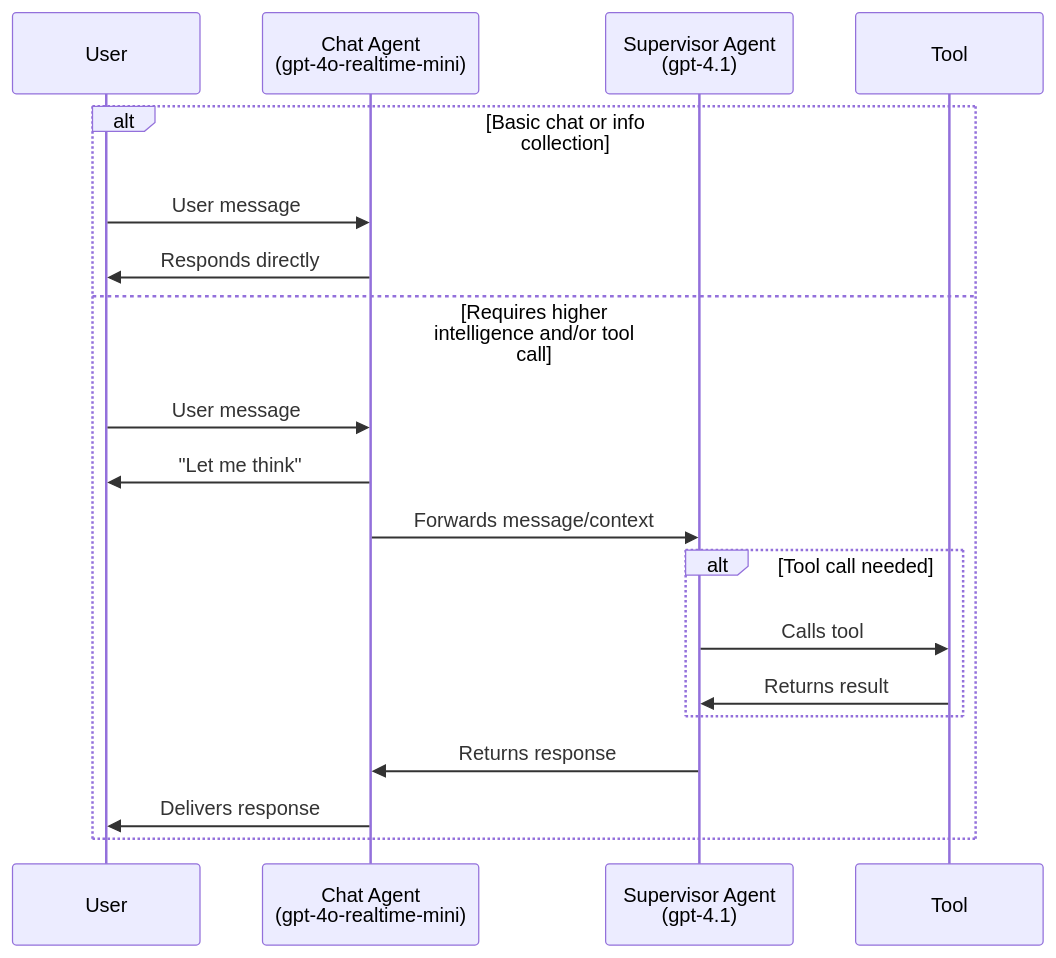
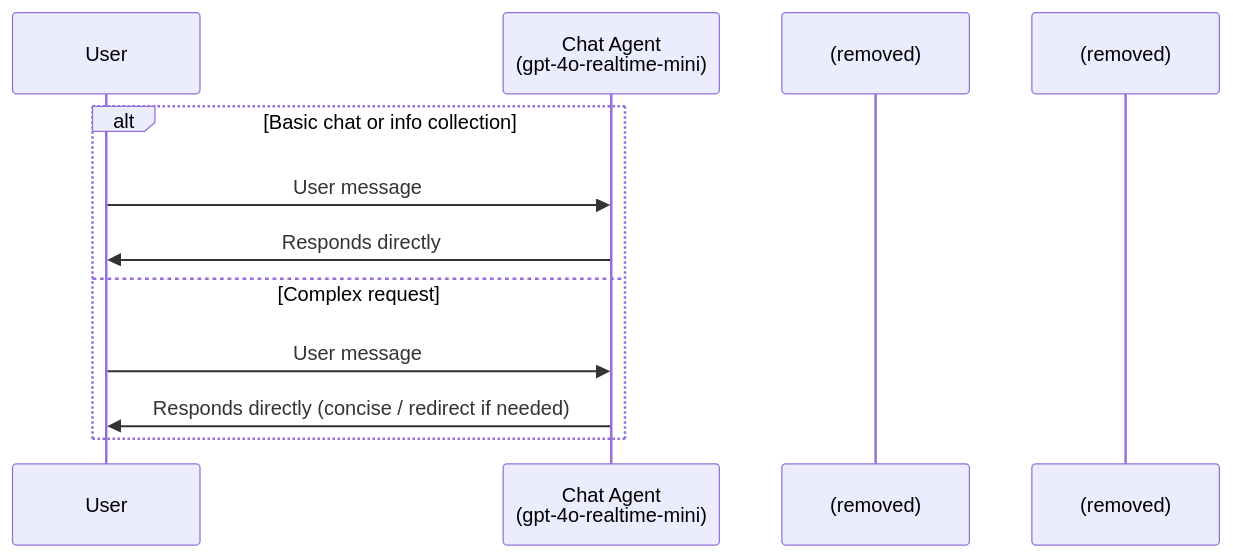
One commit to abdibrokhim/openai-realtime-agents changed the first of 2 diagrams in README.md. Above: the diagram before and after it, drawn with Mermaid. The commit also changed other lines of this file and 9 other files, not shown here.

Commit message:
remove tool calls

````diff
--- a/README.md
+++ b/README.md
@@ -40,22 +40,15 @@
 ```mermaid
 sequenceDiagram
     participant User
     participant ChatAgent as Chat Agent<br/>(gpt-4o-realtime-mini)
-    participant Supervisor as Supervisor Agent<br/>(gpt-4.1)
-    participant Tool as Tool
+    participant Supervisor as (removed)
+    participant Tool as (removed)
 
     alt Basic chat or info collection
         User->>ChatAgent: User message
         ChatAgent->>User: Responds directly
-    else Requires higher intelligence and/or tool call
+    else Complex request
         User->>ChatAgent: User message
-        ChatAgent->>User: "Let me think"
-        ChatAgent->>Supervisor: Forwards message/context
-        alt Tool call needed
-            Supervisor->>Tool: Calls tool
-            Tool->>Supervisor: Returns result
-        end
-        Supervisor->>ChatAgent: Returns response
-        ChatAgent->>User: Delivers response
+        ChatAgent->>User: Responds directly (concise / redirect if needed)
     end
 ```
````
